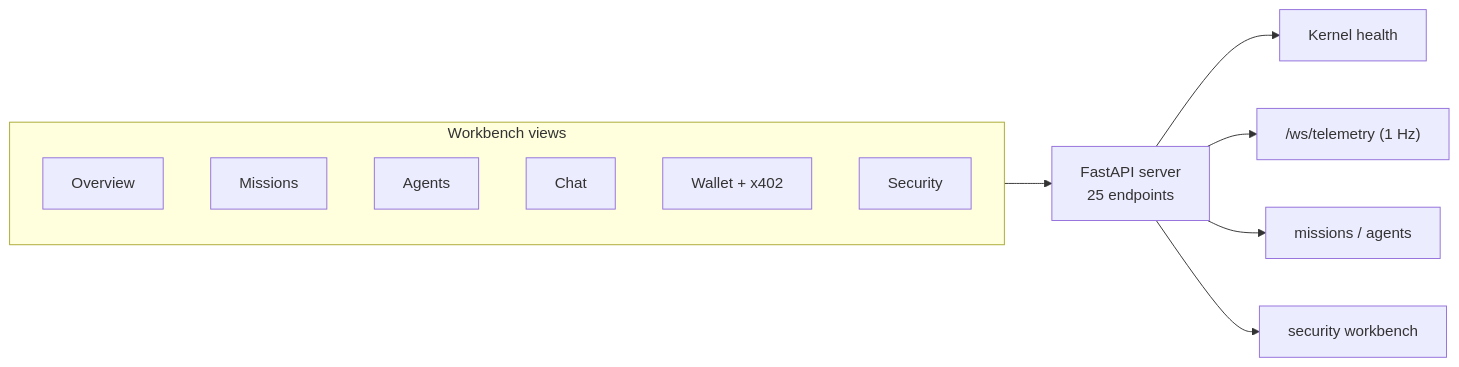
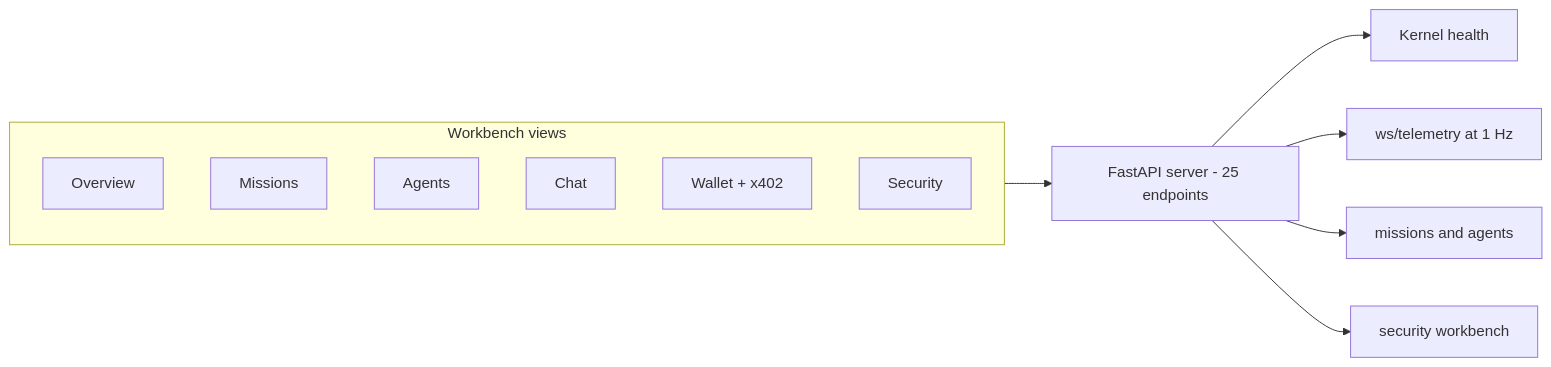
Diagram 16 of 18 in README.md (MrDecryptDecipher/EmilyOS), drawn with Mermaid before and after one commit. The commit also changed other lines of this file and 1 other file, not shown here.

First line of the commit message:
docs: fix Mermaid rendering on GitHub + add inline launch-film GIF

````diff
--- a/README.md
+++ b/README.md
@@ -389,11 +396,16 @@
 ```mermaid
 flowchart LR
   subgraph UI["Workbench views"]
-    OV["Overview"]; MI["Missions"]; AGv["Agents"]; CH["Chat"]; WA["Wallet + x402"]; SE["Security"]
+    OV["Overview"]
+    MI["Missions"]
+    AGG["Agents"]
+    CH["Chat"]
+    WA["Wallet + x402"]
+    SE["Security"]
   end
-  UI --> API["FastAPI server<br/>25 endpoints"]
+  UI --> API["FastAPI server - 25 endpoints"]
   API --> KER["Kernel health"]
-  API --> TEL["/ws/telemetry (1 Hz)"]
-  API --> M["missions / agents"]
+  API --> TEL["ws/telemetry at 1 Hz"]
+  API --> M["missions and agents"]
   API --> SEC["security workbench"]
 ```
````
